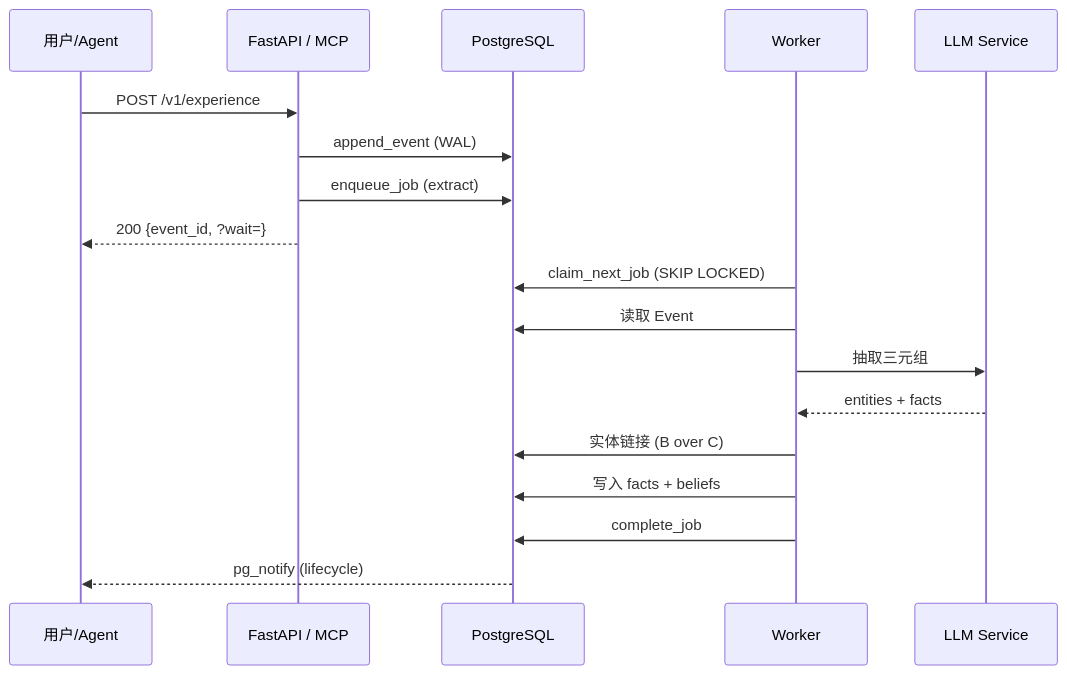
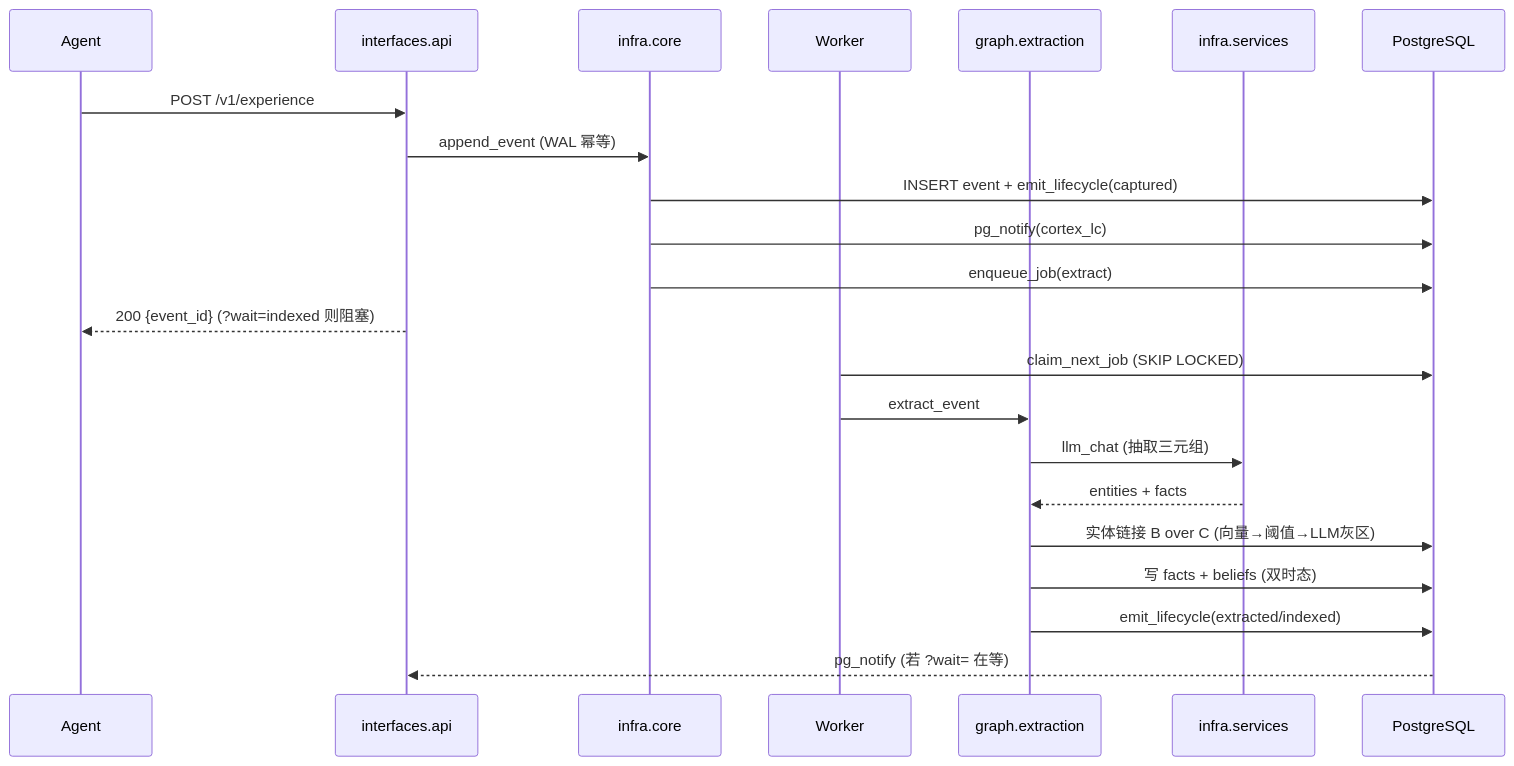
Before and after one commit to pty819/cortex-py-book: the seventh of 9 diagrams in source/chapters/19-architecture-diagrams.md, drawn with Mermaid. The commit also changed other lines of this file and 7 other files, not shown here.

First line of the commit message:
docs: 第19章重写为完整 4+1 视图 + 全书模块路径迁移到 4 子包

````diff
--- a/source/chapters/19-architecture-diagrams.md
+++ b/source/chapters/19-architecture-diagrams.md
@@ -63,22 +381,26 @@
 ```{mermaid}
 sequenceDiagram
-    participant U as 用户/Agent
-    participant API as FastAPI / MCP
+    participant A as Agent
+    participant API as interfaces.api
+    participant CORE as infra.core
+    participant WK as Worker
+    participant EXT as graph.extraction
+    participant SVC as infra.services
     participant DB as PostgreSQL
-    participant WK as Worker
-    participant LLM as LLM Service
-    
-    U->>API: POST /v1/experience
-    API->>DB: append_event (WAL)
-    API->>DB: enqueue_job (extract)
-    API-->>U: 200 {event_id, ?wait=}
-    
+
+    A->>API: POST /v1/experience
+    API->>CORE: append_event (WAL 幂等)
+    CORE->>DB: INSERT event + emit_lifecycle(captured)
+    CORE->>DB: pg_notify(cortex_lc)
+    CORE->>DB: enqueue_job(extract)
+    API-->>A: 200 {event_id} (?wait=indexed 则阻塞)
+
     WK->>DB: claim_next_job (SKIP LOCKED)
-    WK->>DB: 读取 Event
-    WK->>LLM: 抽取三元组
-    LLM-->>WK: entities + facts
-    WK->>DB: 实体链接 (B over C)
-    WK->>DB: 写入 facts + beliefs
-    WK->>DB: complete_job
-    DB-->>U: pg_notify (lifecycle)
+    WK->>EXT: extract_event
+    EXT->>SVC: llm_chat (抽取三元组)
+    SVC-->>EXT: entities + facts
+    EXT->>DB: 实体链接 B over C (向量→阈值→LLM灰区)
+    EXT->>DB: 写 facts + beliefs (双时态)
+    EXT->>DB: emit_lifecycle(extracted/indexed)
+    DB-->>API: pg_notify (若 ?wait= 在等)
 ```
````
